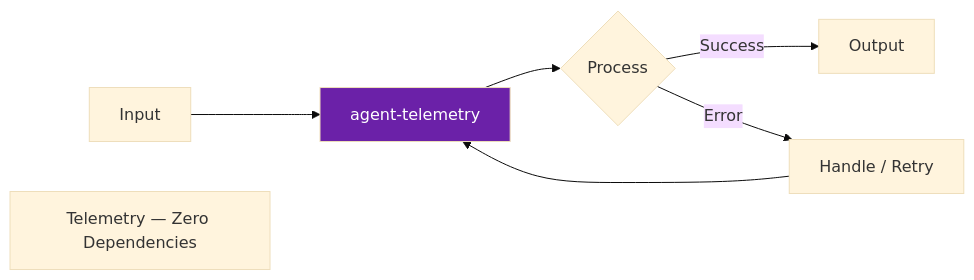
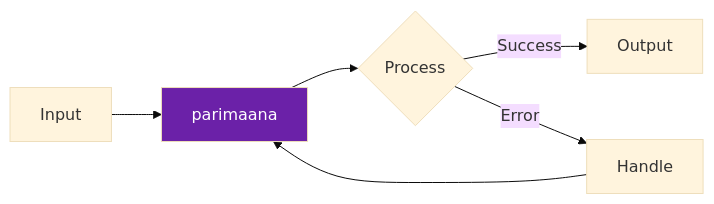
The diagram in README.md (darshjme/agent-telemetry), drawn with Mermaid (base theme) before and after one commit. The commit also changed other lines of this file and 1 other file, not shown here.

First line of the commit message:
feat(vedic-v3): rename to parimaana (परिमाण)

````diff
--- a/README.md
+++ b/README.md
@@ -48,10 +39,9 @@
 ```mermaid
 flowchart LR
-    A[Input] --> B[agent-telemetry]
+    A[Input] --> B[parimaana]
     B --> C{Process}
     C -- Success --> D[Output]
-    C -- Error --> E[Handle / Retry]
+    C -- Error --> E[Handle]
     E --> B
     style B fill:#6b21a8,color:#fff
-    note["Telemetry — Zero Dependencies"]
 ```
````
